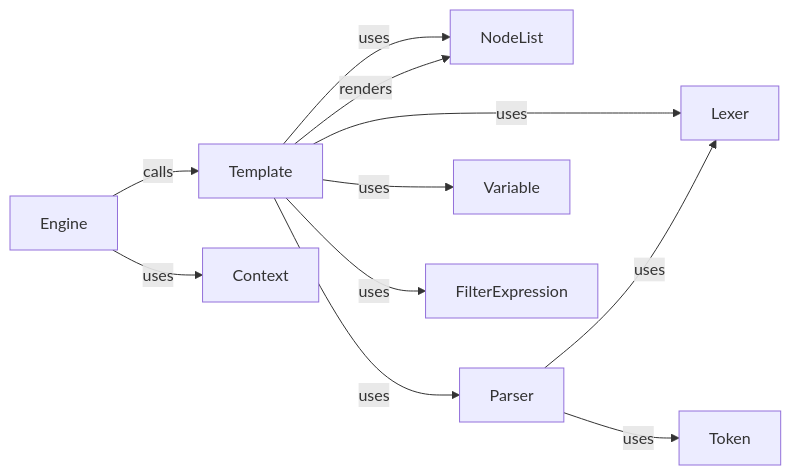
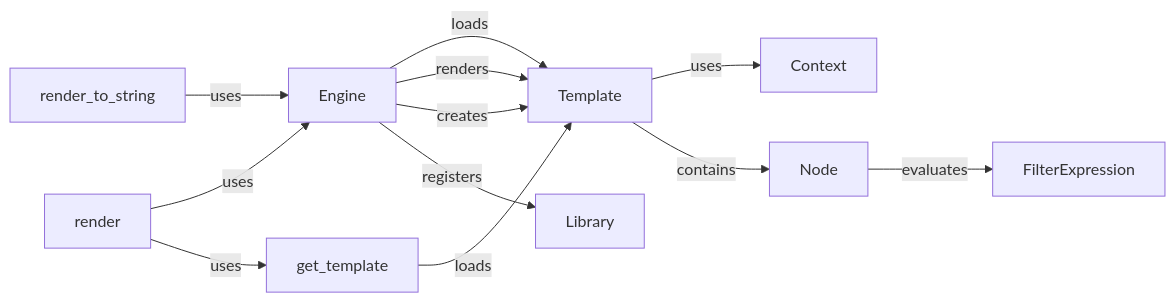
Before and after one commit to CodeBoarding/GeneratedOnBoardings: the diagram in django/Template Engine and Rendering.md, drawn with Mermaid. The commit also changed other lines of this file and 12 other files, not shown here.

````diff
--- a/django/Template Engine and Rendering.md
+++ b/django/Template Engine and Rendering.md
@@ -1,22 +1,23 @@
 ```mermaid
 graph LR
     Engine["Engine"]
     Template["Template"]
     Context["Context"]
-    NodeList["NodeList"]
-    Lexer["Lexer"]
-    Parser["Parser"]
-    Variable["Variable"]
-    Token["Token"]
+    get_template["get_template"]
+    render_to_string["render_to_string"]
+    Node["Node"]
     FilterExpression["FilterExpression"]
-    Engine -- "calls" --> Template
-    Template -- "uses" --> NodeList
-    Template -- "uses" --> Lexer
-    Template -- "uses" --> Parser
-    Engine -- "uses" --> Context
-    Template -- "renders" --> NodeList
-    Parser -- "uses" --> Lexer
-    Template -- "uses" --> Variable
-    Parser -- "uses" --> Token
-    Template -- "uses" --> FilterExpression
+    Library["Library"]
+    render["render"]
+    render -- "uses" --> Engine
+    render -- "uses" --> get_template
+    Engine -- "loads" --> Template
+    Engine -- "renders" --> Template
+    get_template -- "loads" --> Template
+    Template -- "uses" --> Context
+    render_to_string -- "uses" --> Engine
+    Engine -- "creates" --> Template
+    Template -- "contains" --> Node
+    Node -- "evaluates" --> FilterExpression
+    Engine -- "registers" --> Library
 ```
````
